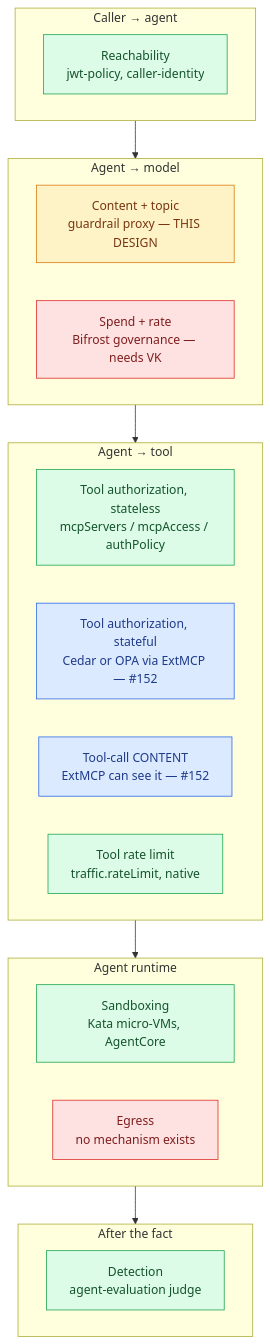
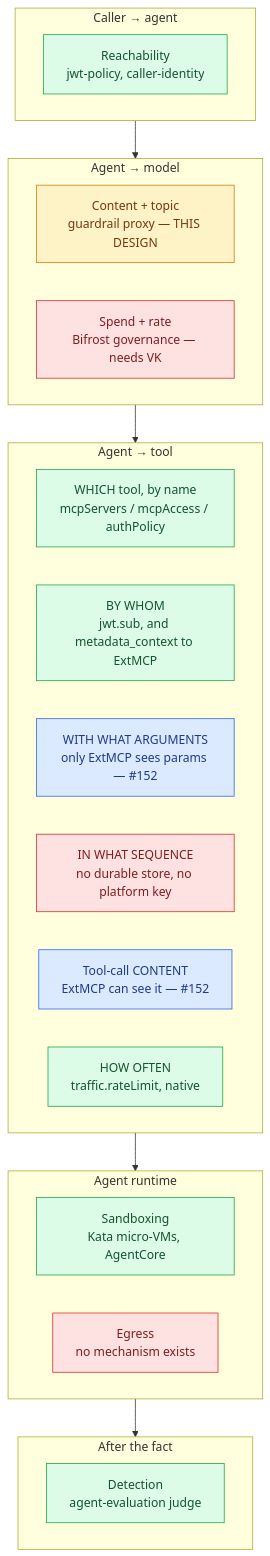
The third of 3 diagrams in docs/architecture/agent-guardrails.md (awslabs/open-agentic-platform), drawn with Mermaid before and after one commit. The commit also changed other lines of this file, not shown here.

First line of the commit message:
docs(architecture): split the tool hop into its five questions in the concern map

````diff
--- a/docs/architecture/agent-guardrails.md
+++ b/docs/architecture/agent-guardrails.md
@@ -1384,30 +1384,32 @@
 ```mermaid
 flowchart TB
     classDef have fill:#dcfce7,stroke:#16a34a,color:#14532d
     classDef new fill:#fef3c7,stroke:#d97706,color:#78350f
     classDef other fill:#dbeafe,stroke:#2563eb,color:#1e3a8a
     classDef gapn fill:#fee2e2,stroke:#dc2626,color:#7f1d1d
 
     subgraph CALLER["Caller → agent"]
         R["Reachability<br/>jwt-policy, caller-identity"]:::have
     end
     subgraph MODEL["Agent → model"]
         C["Content + topic<br/>guardrail proxy — THIS DESIGN"]:::new
         S["Spend + rate<br/>Bifrost governance — needs VK"]:::gapn
     end
     subgraph TOOL["Agent → tool"]
-        T["Tool authorization, stateless<br/>mcpServers / mcpAccess / authPolicy"]:::have
-        TP["Tool authorization, stateful<br/>Cedar or OPA via ExtMCP — #152"]:::other
+        T1["WHICH tool, by name<br/>mcpServers / mcpAccess / authPolicy"]:::have
+        T2["BY WHOM<br/>jwt.sub, and metadata_context to ExtMCP"]:::have
+        T3["WITH WHAT ARGUMENTS<br/>only ExtMCP sees params — #152"]:::other
+        T4["IN WHAT SEQUENCE<br/>no durable store, no platform key"]:::gapn
         TC["Tool-call CONTENT<br/>ExtMCP can see it — #152"]:::other
-        TR["Tool rate limit<br/>traffic.rateLimit, native"]:::have
+        TR["HOW OFTEN<br/>traffic.rateLimit, native"]:::have
     end
     subgraph RUNTIME["Agent runtime"]
         SB["Sandboxing<br/>Kata micro-VMs, AgentCore"]:::have
         E["Egress<br/>no mechanism exists"]:::gapn
     end
     subgraph AFTER["After the fact"]
         D["Detection<br/>agent-evaluation judge"]:::have
     end
 
     CALLER --> MODEL --> TOOL --> RUNTIME --> AFTER
 ```
````
